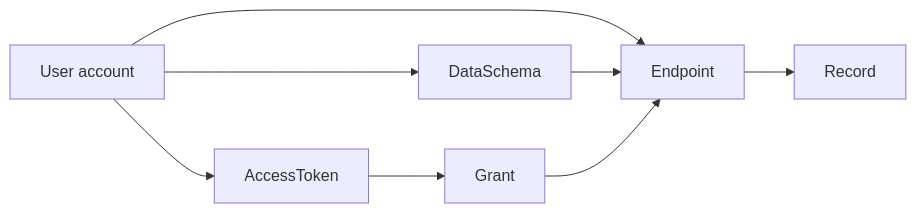
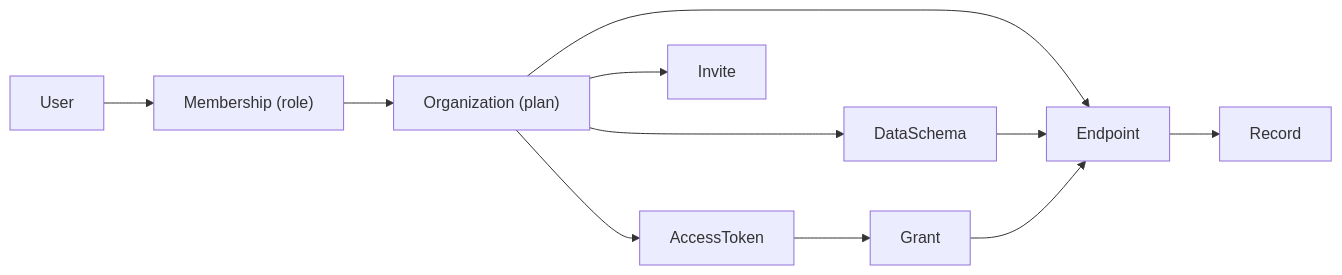
The diagram in dev-docs/architecture-overview.md (el-esnawy/my-api), drawn with Mermaid before and after one commit. The commit also changed other lines of this file and 90 other files, not shown here.

````diff
--- a/dev-docs/architecture-overview.md
+++ b/dev-docs/architecture-overview.md
@@ -20,10 +23,13 @@
 ```mermaid
 flowchart LR
-  User["User account"] --> Schema["DataSchema"]
-  User --> Endpoint["Endpoint"]
-  User --> Token["AccessToken"]
+  User["User"] --> Membership["Membership (role)"]
+  Membership --> Org["Organization (plan)"]
+  Org --> Schema["DataSchema"]
+  Org --> Endpoint["Endpoint"]
+  Org --> Token["AccessToken"]
   Schema --> Endpoint
   Endpoint --> Record["Record"]
   Token --> Grant["Grant"]
   Grant --> Endpoint
+  Org --> Invite["Invite"]
 ```
````
